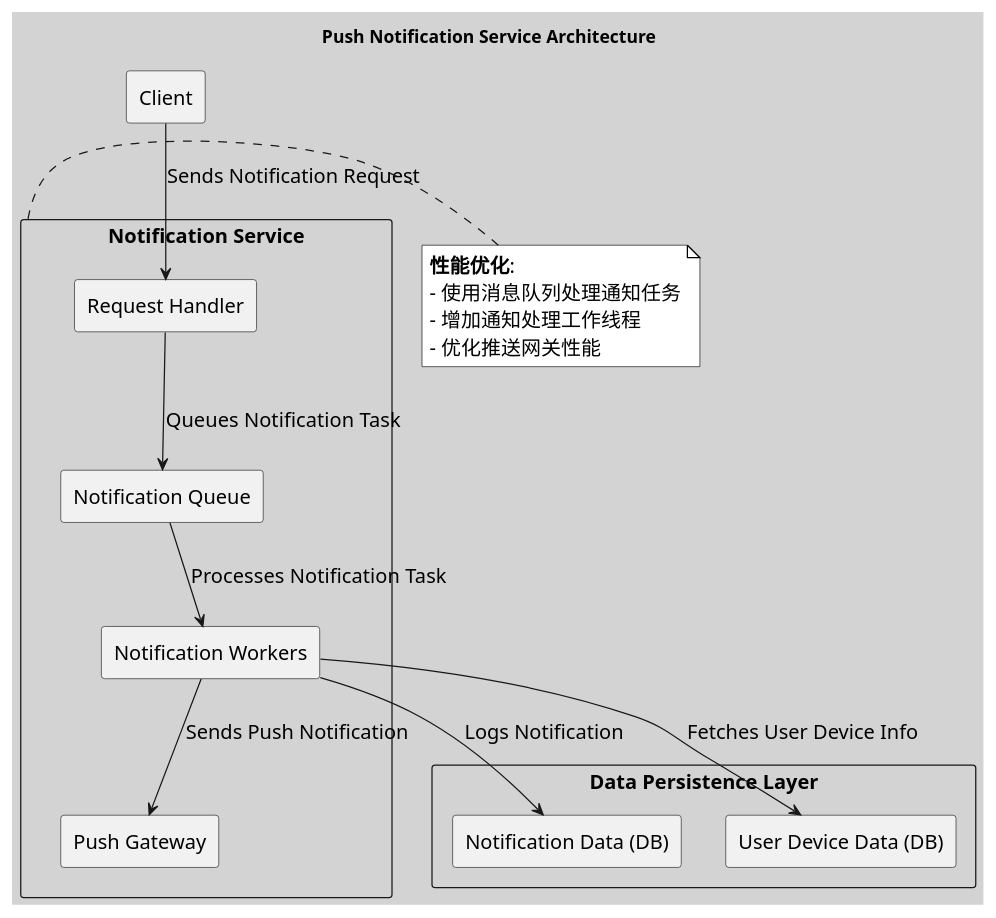
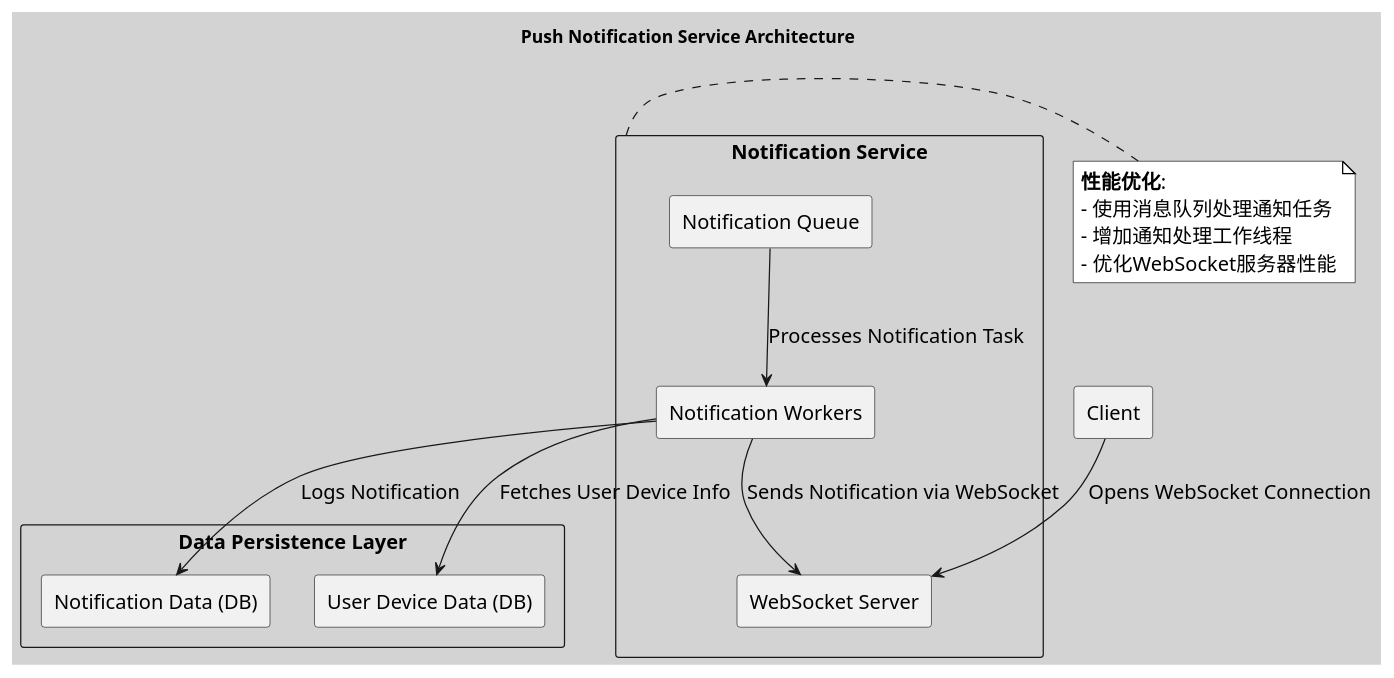
Before and after one commit to huangyingw/system_design: the diagram in twitter/twitter_push_notification_service.puml, drawn with PlantUML.

```diff
--- a/twitter/twitter_push_notification_service.puml
+++ b/twitter/twitter_push_notification_service.puml
@@ -1,43 +1,41 @@
 @startuml
 
 skinparam backgroundColor #D3D3D3
 skinparam defaultFontName "Arial"
 skinparam defaultFontSize 16
 skinparam note {
     BackgroundColor #FFFFFF
-        BorderColor #000000
-        FontSize 16
-        FontName "Arial"
+    BorderColor #000000
+    FontSize 16
+    FontName "Arial"
 }
 
 title Push Notification Service Architecture
 
 rectangle "Client" as Client
 
 rectangle "Notification Service" as NS {
-    rectangle "Request Handler" as RH
-        rectangle "Notification Queue" as NQ
-        rectangle "Notification Workers" as NW
-        rectangle "Push Gateway" as PG
+    rectangle "Notification Queue" as NQ
+    rectangle "Notification Workers" as NW
+    rectangle "WebSocket Server" as WSS
 }
 
 rectangle "Data Persistence Layer" as DPS {
     rectangle "Notification Data (DB)" as ND
-        rectangle "User Device Data (DB)" as UDD
+    rectangle "User Device Data (DB)" as UDD
 }
 
-Client -down-> RH : Sends Notification Request
-RH -down-> NQ : Queues Notification Task
+Client -down-> WSS : Opens WebSocket Connection
 NQ -down-> NW : Processes Notification Task
 NW -down-> UDD : Fetches User Device Info
-NW -down-> PG : Sends Push Notification
+NW -down-> WSS : Sends Notification via WebSocket
 NW -down-> ND : Logs Notification
 
 note right of NS
-**性能优化**:
-- 使用消息队列处理通知任务
-- 增加通知处理工作线程
-- 优化推送网关性能
+  **性能优化**:
+  - 使用消息队列处理通知任务
+  - 增加通知处理工作线程
+  - 优化WebSocket服务器性能
 end note
 
 @enduml
```
